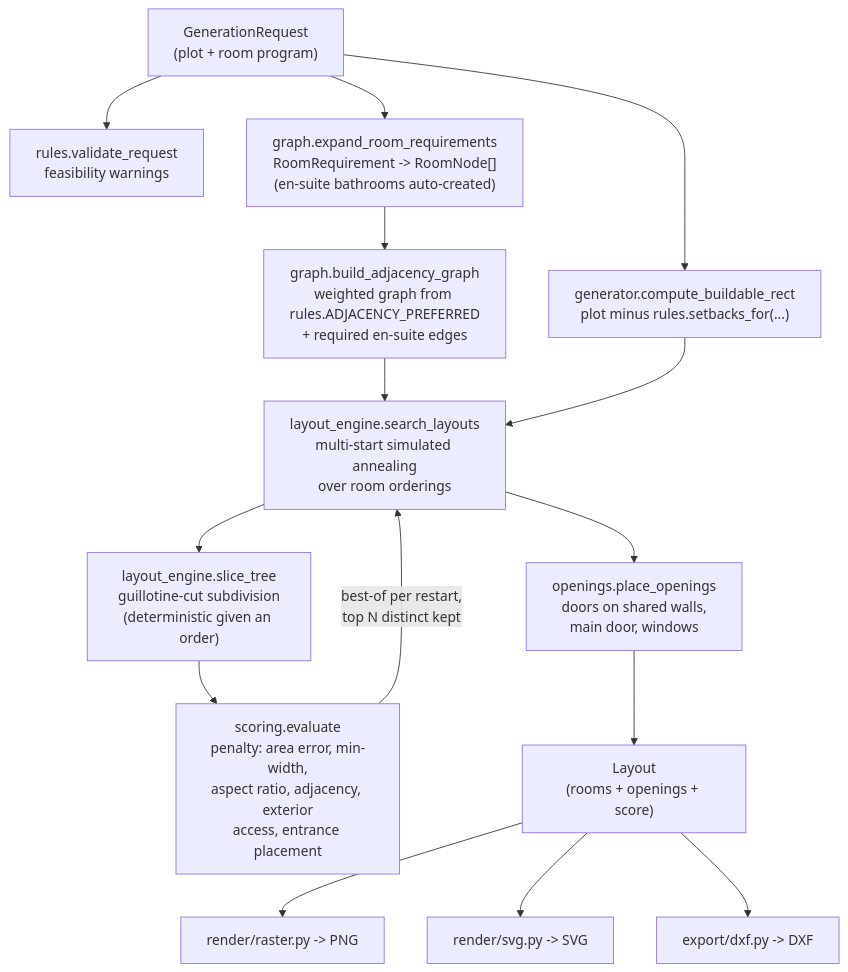
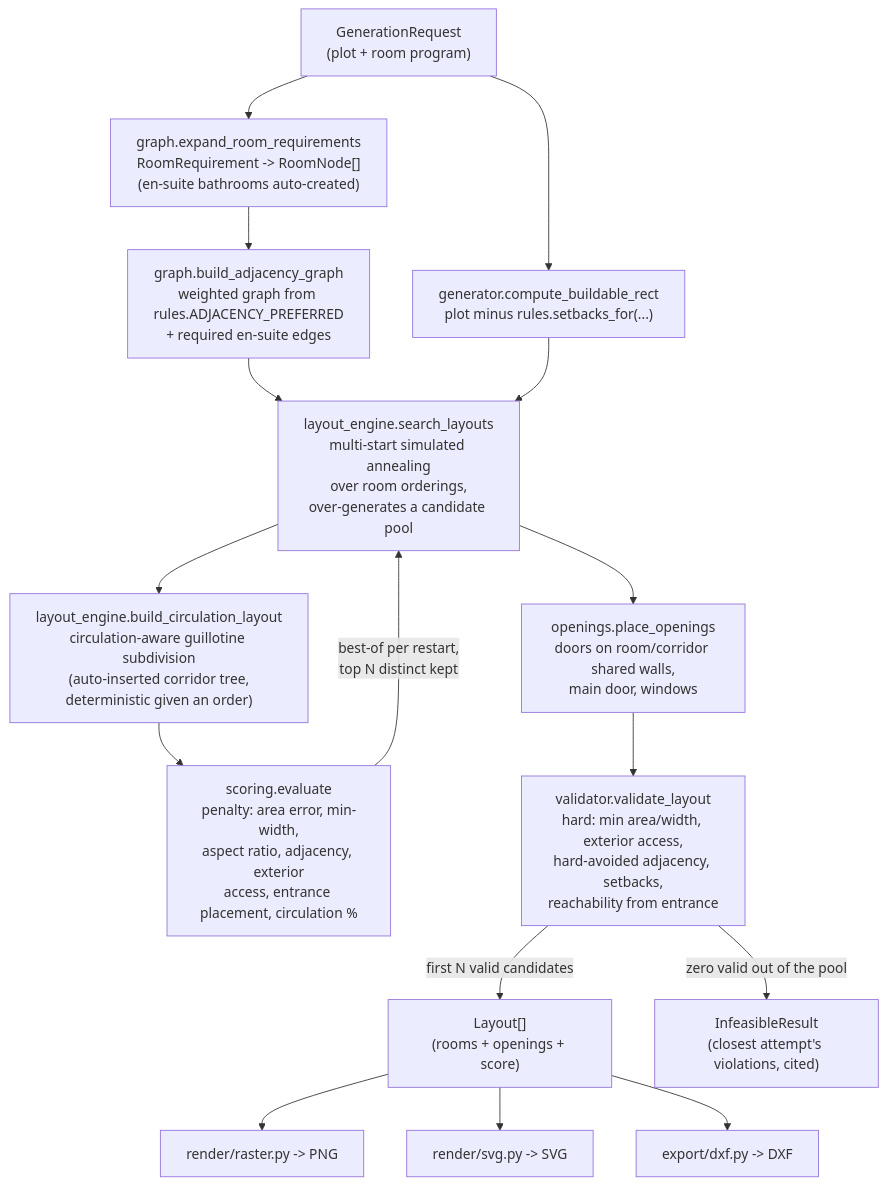
Before and after one commit to Mayan10/Rivet: the diagram in docs/architecture.md, drawn with Mermaid. The commit also changed other lines of this file and 16 other files, not shown here.

First line of the commit message:
Phase 3: circulation-aware layout generation with guaranteed reachability

````diff
--- a/docs/architecture.md
+++ b/docs/architecture.md
@@ -5,17 +5,18 @@
 ```mermaid
 flowchart TD
-    A["GenerationRequest\n(plot + room program)"] --> B["rules.validate_request\nfeasibility warnings"]
-    A --> C["graph.expand_room_requirements\nRoomRequirement -> RoomNode[]\n(en-suite bathrooms auto-created)"]
+    A["GenerationRequest\n(plot + room program)"] --> C["graph.expand_room_requirements\nRoomRequirement -> RoomNode[]\n(en-suite bathrooms auto-created)"]
     C --> D["graph.build_adjacency_graph\nweighted graph from rules.ADJACENCY_PREFERRED\n+ required en-suite edges"]
     A --> E["generator.compute_buildable_rect\nplot minus rules.setbacks_for(...)"]
     D --> F
-    E --> F["layout_engine.search_layouts\nmulti-start simulated annealing\nover room orderings"]
-    F --> G["layout_engine.slice_tree\nguillotine-cut subdivision\n(deterministic given an order)"]
-    G --> H["scoring.evaluate\npenalty: area error, min-width,\naspect ratio, adjacency, exterior\naccess, entrance placement"]
+    E --> F["layout_engine.search_layouts\nmulti-start simulated annealing\nover room orderings,\nover-generates a candidate pool"]
+    F --> G["layout_engine.build_circulation_layout\ncirculation-aware guillotine subdivision\n(auto-inserted corridor tree,\ndeterministic given an order)"]
+    G --> H["scoring.evaluate\npenalty: area error, min-width,\naspect ratio, adjacency, exterior\naccess, entrance placement, circulation %"]
     H -->|"best-of per restart,\ntop N distinct kept"| F
-    F --> I["openings.place_openings\ndoors on shared walls,\nmain door, windows"]
-    I --> J["Layout\n(rooms + openings + score)"]
+    F --> I["openings.place_openings\ndoors on room/corridor shared walls,\nmain door, windows"]
+    I --> N["validator.validate_layout\nhard: min area/width, exterior access,\nhard-avoided adjacency, setbacks,\nreachability from entrance"]
+    N -->|"first N valid candidates"| J["Layout[]\n(rooms + openings + score)"]
+    N -->|"zero valid out of the pool"| O["InfeasibleResult\n(closest attempt's violations, cited)"]
     J --> K["render/raster.py -> PNG"]
     J --> L["render/svg.py -> SVG"]
     J --> M["export/dxf.py -> DXF"]
 ```
````
